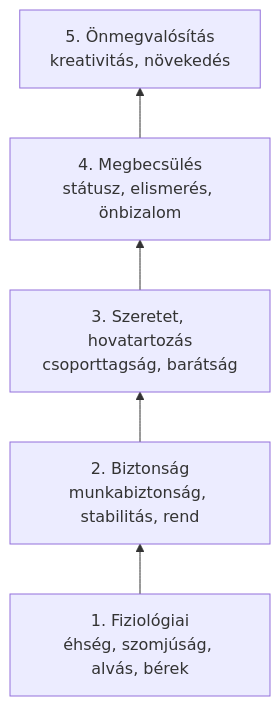
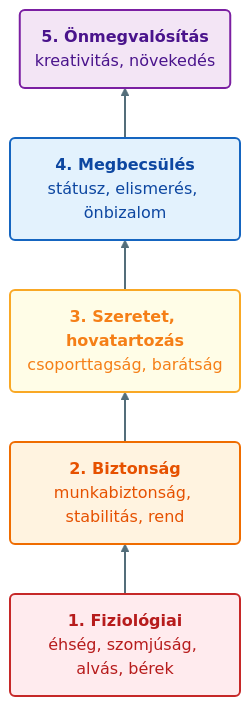
One commit to denespocsik/MM_BSC_Zarovizsga changed the first of 3 diagrams in Tételek/K06-GMXMD1MBLF-Motivációs elméletek.tétel.md. Above: the diagram before and after it, drawn with Mermaid. The commit also changed other lines of this file, not shown here.

First line of the commit message:
refactor(K06): modernize Mermaid diagrams with color styling

````diff
--- a/Tételek/K06-GMXMD1MBLF-Motivációs elméletek.tétel.md
+++ b/Tételek/K06-GMXMD1MBLF-Motivációs elméletek.tétel.md
@@ -19,9 +19,24 @@
 ```mermaid
 graph BT
-    F["1. Fiziológiai\néhség, szomjúság, alvás, bérek"]
-    B["2. Biztonság\nmunkabiztonság, stabilitás, rend"]
-    S["3. Szeretet, hovatartozás\ncsoporttagság, barátság"]
-    M["4. Megbecsülés\nstátusz, elismerés, önbizalom"]
-    O["5. Önmegvalósítás\nkreativitás, növekedés"]
+    F("<b>1. Fiziológiai</b><br/>éhség, szomjúság, alvás, bérek")
+    B("<b>2. Biztonság</b><br/>munkabiztonság, stabilitás, rend")
+    S("<b>3. Szeretet, hovatartozás</b><br/>csoporttagság, barátság")
+    M("<b>4. Megbecsülés</b><br/>státusz, elismerés, önbizalom")
+    O("<b>5. Önmegvalósítás</b><br/>kreativitás, növekedés")
+
     F --> B --> S --> M --> O
+
+    classDef fNode fill:#ffebee,stroke:#c62828,stroke-width:2px,color:#b71c1c;
+    classDef bNode fill:#fff3e0,stroke:#ef6c00,stroke-width:2px,color:#e65100;
+    classDef sNode fill:#fffde7,stroke:#f9a825,stroke-width:2px,color:#f57f17;
+    classDef mNode fill:#e3f2fd,stroke:#1565c0,stroke-width:2px,color:#0d47a1;
+    classDef oNode fill:#f3e5f5,stroke:#7b1fa2,stroke-width:2px,color:#4a148c;
+
+    class F fNode;
+    class B bNode;
+    class S sNode;
+    class M mNode;
+    class O oNode;
+
+    linkStyle 0,1,2,3 stroke:#546e7a,stroke-width:2px;
 ```
````
